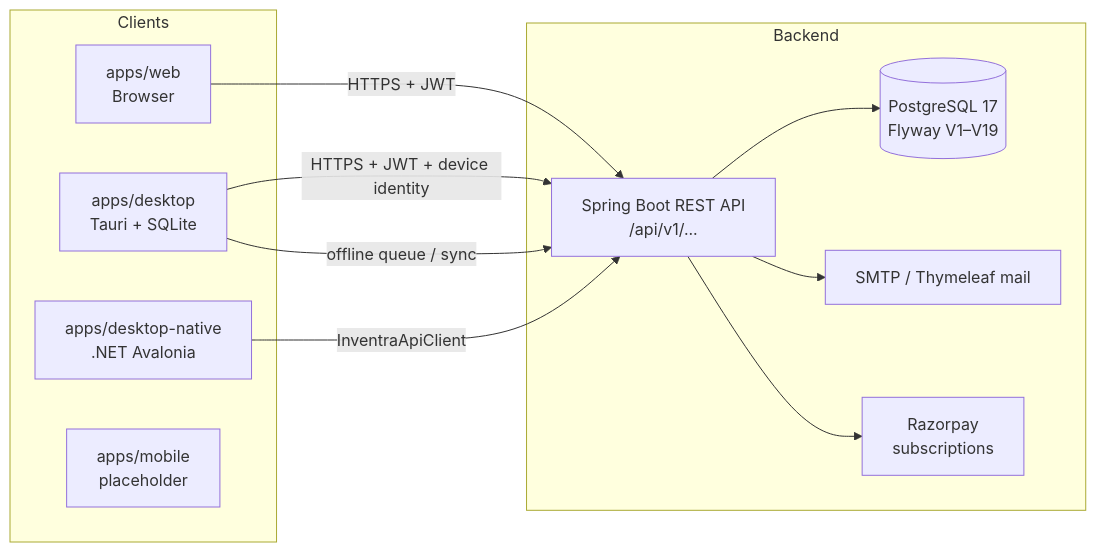
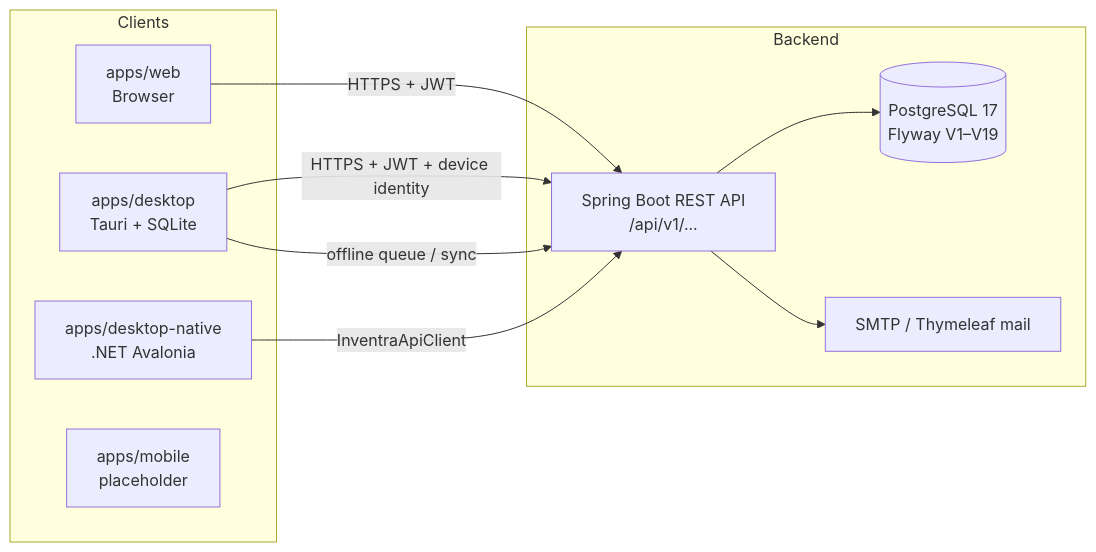
Before and after one commit to veer0401/inventra: the first of 6 diagrams in docs/audit/02_MODULE_MAP.md, drawn with Mermaid. The commit also changed 23 other files, not shown here.

````diff
--- a/docs/audit/02_MODULE_MAP.md
+++ b/docs/audit/02_MODULE_MAP.md
@@ -9,22 +9,20 @@
 ```mermaid
 flowchart LR
   subgraph Clients
     WEB[apps/web<br/>Browser]
     DESK[apps/desktop<br/>Tauri + SQLite]
     NAT[apps/desktop-native<br/>.NET Avalonia]
     MOB[apps/mobile<br/>placeholder]
   end
   subgraph Backend
     API[Spring Boot REST API<br/>/api/v1/...]
     DB[(PostgreSQL 17<br/>Flyway V1–V19)]
     MAIL[SMTP / Thymeleaf mail]
-    PAY[Razorpay<br/>subscriptions]
   end
   WEB -- HTTPS + JWT --> API
   DESK -- HTTPS + JWT + device identity --> API
   DESK -- offline queue / sync --> API
   NAT -- InventraApiClient --> API
   API --> DB
   API --> MAIL
-  API --> PAY
 ```
````
